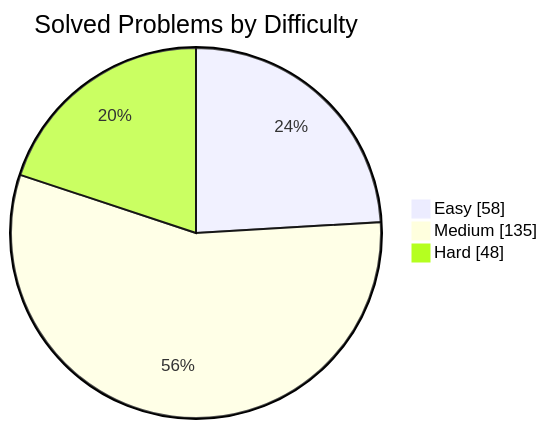
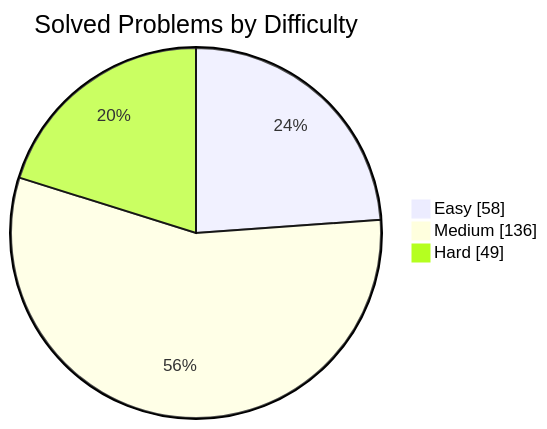
The first of 2 diagrams in README.md (manikantbindass/DSA-Preparation-FAANG), drawn with Mermaid before and after one commit. The commit also changed other lines of this file and 1 other file, not shown here.

````diff
--- a/README.md
+++ b/README.md
@@ -40,7 +40,7 @@
 ```mermaid
 pie showData
     title Solved Problems by Difficulty
     "Easy" : 58
-    "Medium" : 135
-    "Hard" : 48
+    "Medium" : 136
+    "Hard" : 49
 ```
````
